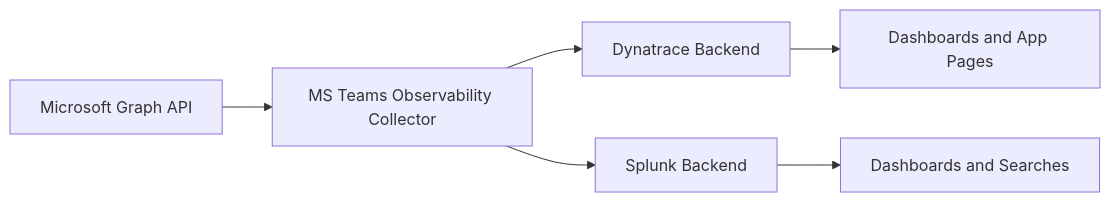
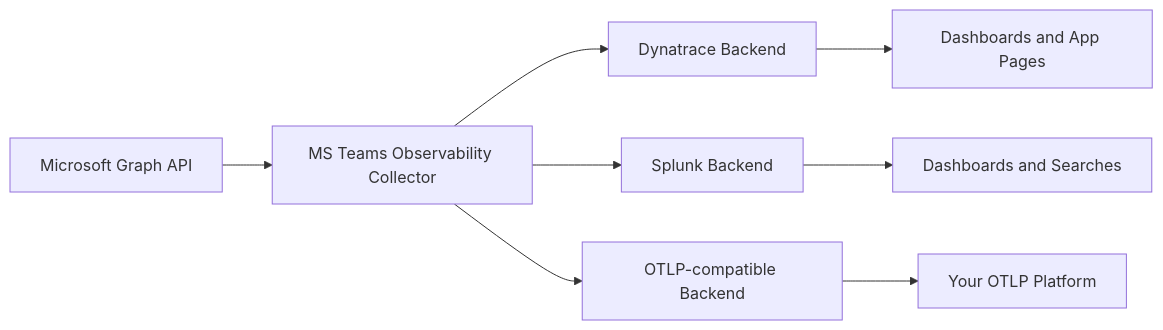
One commit to Phenisys/microsoft-teams-observability-documentation changed the diagram in src/content/docs/index.mdx. Above: the diagram before and after it, drawn with Mermaid. The commit also changed other lines of this file and 32 other files, not shown here.

````diff
--- a/src/content/docs/index.mdx
+++ b/src/content/docs/index.mdx
@@ -47,8 +47,10 @@
 ```mermaid
 flowchart LR
     A[Microsoft Graph API] --> B[MS Teams Observability Collector]
     B --> C[Dynatrace Backend]
     B --> D[Splunk Backend]
+    B --> G[OTLP-compatible Backend]
     C --> E[Dashboards and App Pages]
     D --> F[Dashboards and Searches]
+    G --> H[Your OTLP Platform]
 ```
````
